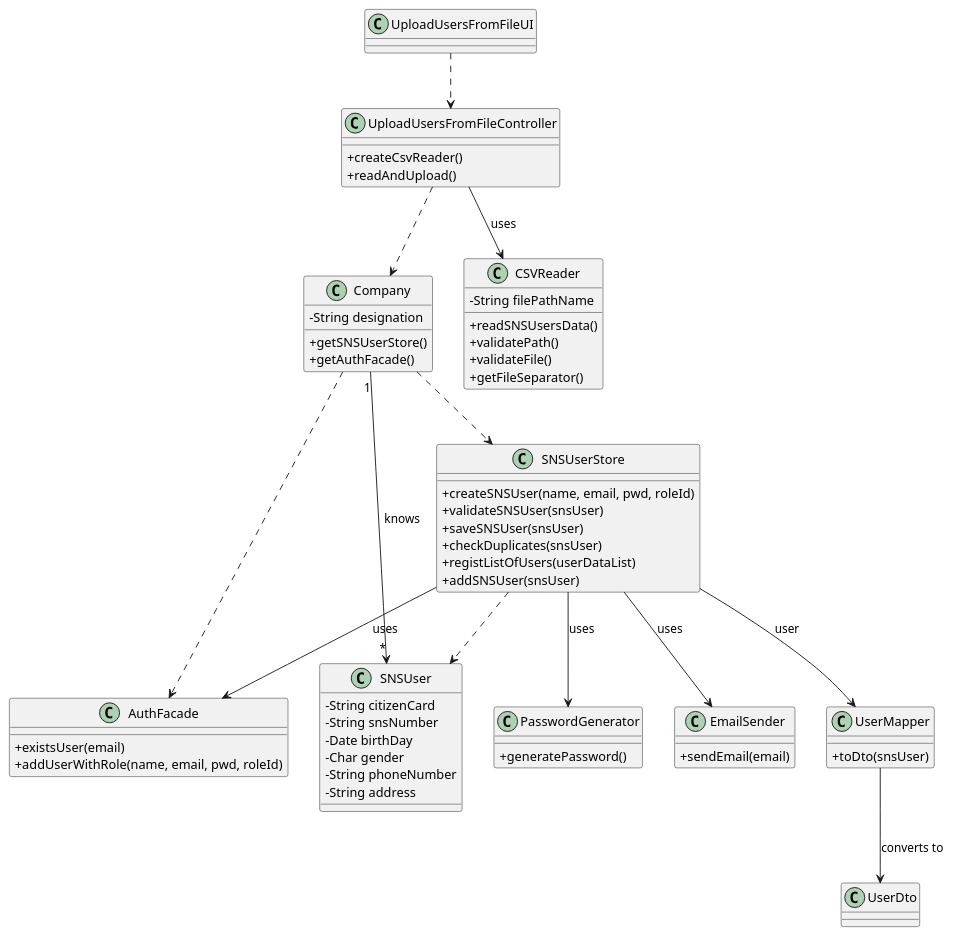
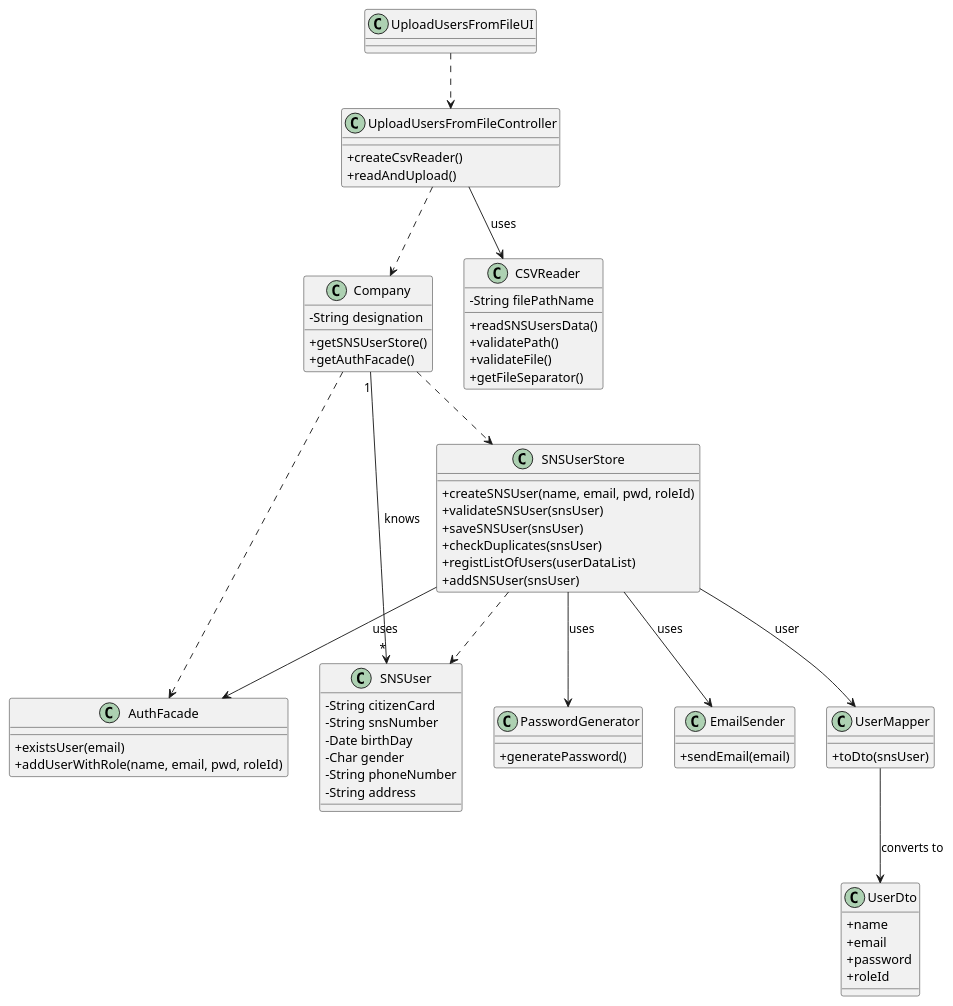
The diagram in docs/SprintC/US14/CD/US14_CD.puml (miseEnPlace-i/lapr2), drawn with PlantUML before and after one commit. The commit also changed 1 other file, not shown here.

```diff
--- a/docs/SprintC/US14/CD/US14_CD.puml
+++ b/docs/SprintC/US14/CD/US14_CD.puml
@@ -1,78 +1,82 @@
 @startuml
 skinparam classAttributeIconSize 0
 
 class AuthFacade {
   + existsUser(email)
   + addUserWithRole(name, email, pwd, roleId)
 }
 
 class Company {
   - String designation
   + getSNSUserStore()
   + getAuthFacade()
 }
 
 class UploadUsersFromFileController {
   + createCsvReader()
   + readAndUpload()
 }
 
 class UploadUsersFromFileUI { }
 
 class SNSUser {
   - String citizenCard
   - String snsNumber
   - Date birthDay
   - Char gender
   - String phoneNumber
   - String address
 }
 
 class SNSUserStore {
   + createSNSUser(name, email, pwd, roleId)
   + validateSNSUser(snsUser)
   + saveSNSUser(snsUser)
   + checkDuplicates(snsUser)
   + registListOfUsers(userDataList)
   + addSNSUser(snsUser)
 }
 
 class PasswordGenerator {
   + generatePassword()
 }
 
 class EmailSender {
   + sendEmail(email)
 }
 
 class CSVReader {
   - String filePathName
 
   + readSNSUsersData()
   + validatePath()
   + validateFile()
   + getFileSeparator()
 }
 
 class UserMapper{
   + toDto(snsUser)
 }
 
 class UserDto{
+  + name
+  + email
+  + password 
+  + roleId
 }
 
 Company ..> SNSUserStore
 Company ..> AuthFacade
 Company "1" --> "*" SNSUser : knows
 UploadUsersFromFileController ..> Company
 UploadUsersFromFileUI ..> UploadUsersFromFileController
 UploadUsersFromFileController --> CSVReader : uses
 SNSUserStore --> AuthFacade : uses
 SNSUserStore --> PasswordGenerator : uses
 SNSUserStore --> EmailSender : uses
 SNSUserStore ..> SNSUser
 SNSUserStore --> UserMapper : user
 UserMapper --> UserDto : converts to
 
 
 @enduml
```
